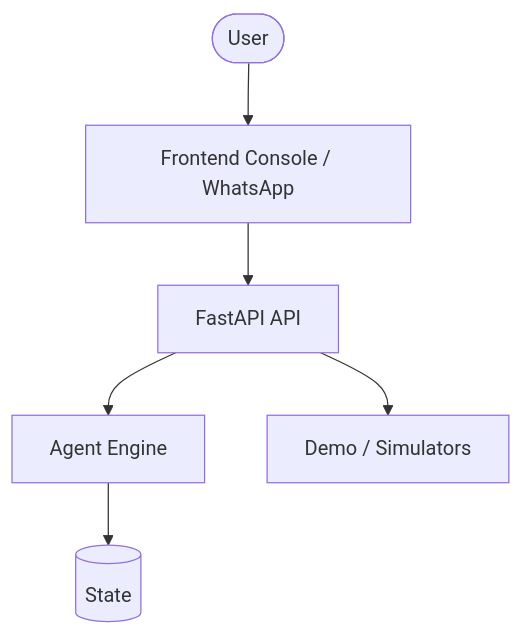
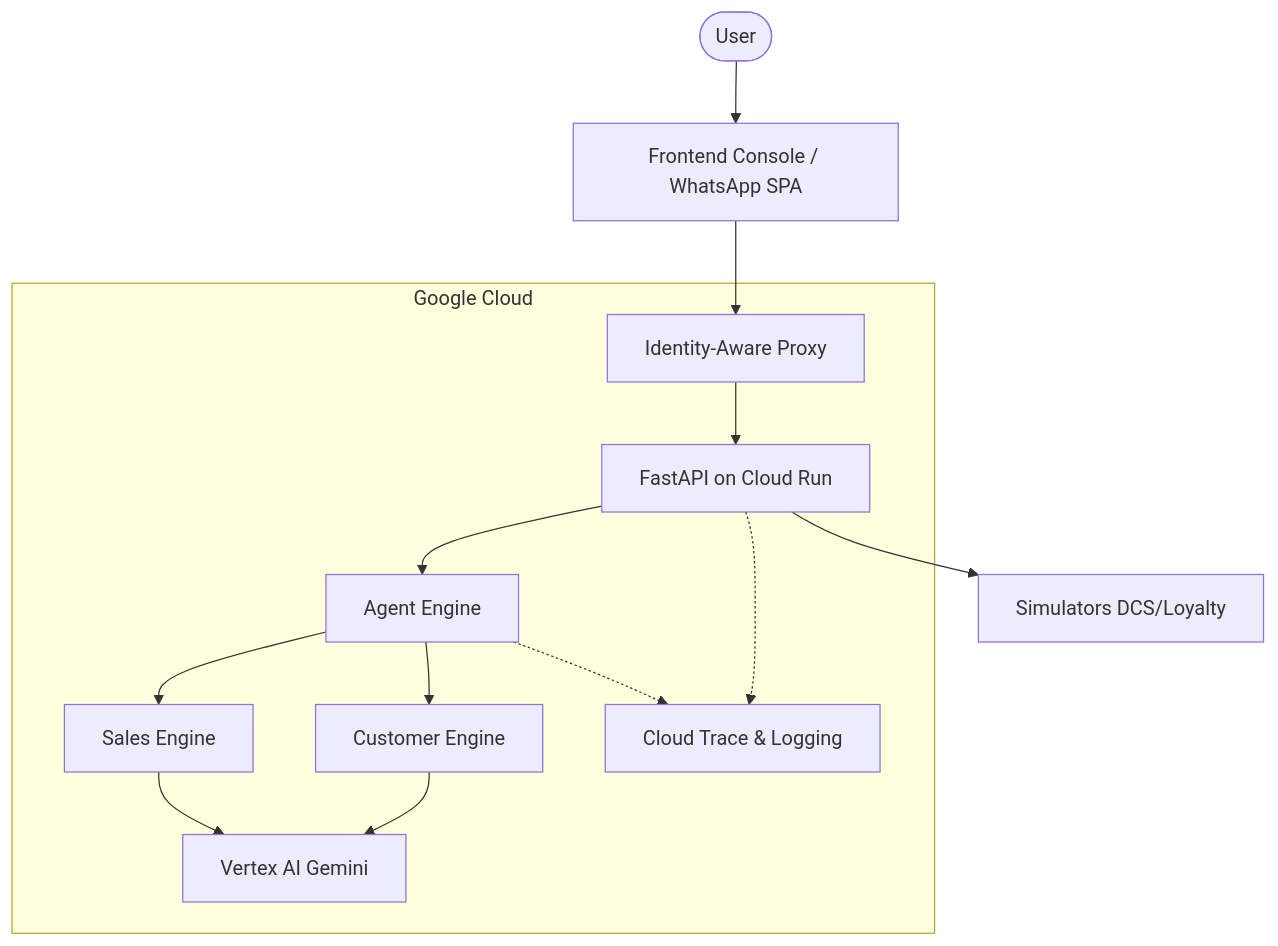
The first of 3 diagrams in docs/product/architecture.md (duboc/acme-airlines), drawn with Mermaid before and after one commit. The commit also changed other lines of this file, not shown here.

Commit message:
docs(product): deepen architecture document (#501)

````diff
--- a/docs/product/architecture.md
+++ b/docs/product/architecture.md
@@ -21,15 +21,29 @@
 ```mermaid
 flowchart TD
     User([User])
-    FE[Frontend Console / WhatsApp]
-    API[FastAPI API]
-    Engine[Agent Engine]
-    Sim[Demo / Simulators]
-    DB[(State)]
+    SPA[Frontend Console / WhatsApp SPA]
     
-    User --> FE
-    FE --> API
-    API --> Engine
+    subgraph GCP [Google Cloud]
+        IAP[Identity-Aware Proxy]
+        API[FastAPI on Cloud Run]
+        AE[Agent Engine]
+        CustEngine[Customer Engine]
+        SalesEngine[Sales Engine]
+        Vertex[Vertex AI Gemini]
+        TraceLog[Cloud Trace & Logging]
+    end
+    
+    Sim[Simulators DCS/Loyalty]
+    
+    User --> SPA
+    SPA --> IAP
+    IAP --> API
+    API --> AE
+    AE --> CustEngine
+    AE --> SalesEngine
+    CustEngine --> Vertex
+    SalesEngine --> Vertex
     API --> Sim
-    Engine --> DB
+    API -.-> TraceLog
+    AE -.-> TraceLog
 ```
````
